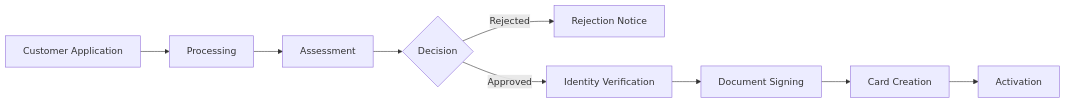
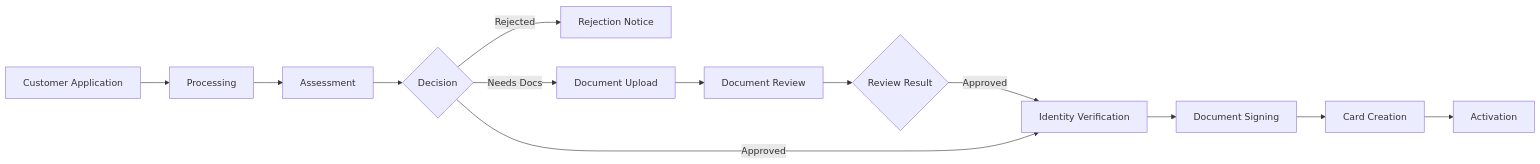
One commit to truonghoangnordiska/docs changed the diagram in card/onboarding.mdx. Above: the diagram before and after it, drawn with Mermaid. The commit also changed other lines of this file and 6 other files, not shown here.

````diff
--- a/card/onboarding.mdx
+++ b/card/onboarding.mdx
@@ -50,11 +51,15 @@
 ```mermaid
 graph LR
     A["Customer Application"] --> B["Processing"]
     B --> C["Assessment"]
     C --> D{Decision}
     D -->|Rejected| E["Rejection Notice"]
-    D -->|Approved| F["Identity Verification"]
-    F --> G["Document Signing"]
-    G --> H["Card Creation"]
-    H --> I["Activation"]
+    D -->|Needs Docs| F["Document Upload"]
+    F --> G["Document Review"]
+    G --> H{Review Result}
+    H -->|Approved| I["Identity Verification"]
+    D -->|Approved| I
+    I --> J["Document Signing"]
+    J --> K["Card Creation"]
+    K --> L["Activation"]
 ```
````
